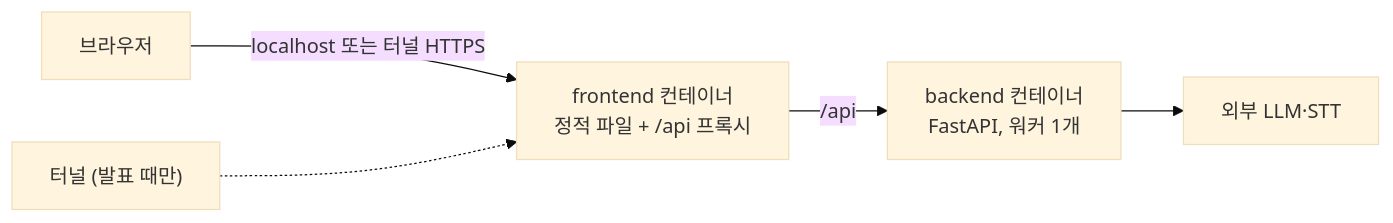
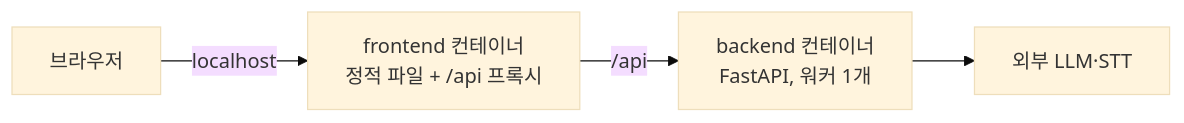
Before and after one commit to skkuls-ai/interview_simulation_agent: the sixth of 6 diagrams in docs/05-architecture.md, drawn with Mermaid (base theme). The commit also changed other lines of this file and 4 other files, not shown here.

````diff
--- a/docs/05-architecture.md
+++ b/docs/05-architecture.md
@@ -201,7 +202,6 @@
 ```mermaid
 flowchart LR
-    B["브라우저"] -->|"localhost 또는 터널 HTTPS"| FE["frontend 컨테이너<br/>정적 파일 + /api 프록시"]
+    B["브라우저"] -->|"localhost"| FE["frontend 컨테이너<br/>정적 파일 + /api 프록시"]
     FE -->|"/api"| BE["backend 컨테이너<br/>FastAPI, 워커 1개"]
     BE --> LLM["외부 LLM·STT"]
-    T["터널 (발표 때만)"] -.-> FE
 ```
````
